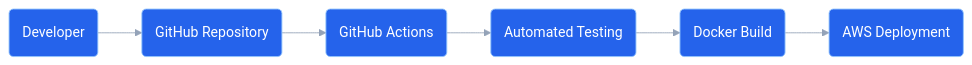
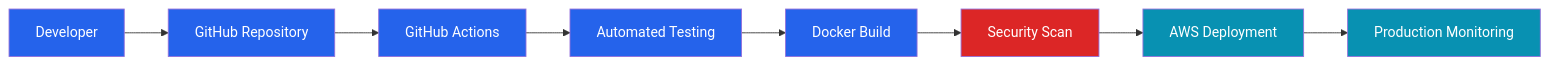
Before and after one commit to kupiMZS/CareerIQ-AI: diagram 20 of 26 in documentation/03-system-architecture.md, drawn with Mermaid. The commit also changed other lines of this file and 9 other files, not shown here.

Commit message:
docs: finalize complete system documentation and architecture foundation

````diff
--- a/documentation/03-system-architecture.md
+++ b/documentation/03-system-architecture.md
@@ -1571,50 +2884,59 @@
 ```mermaid
-%%{init:{
-'theme':'base',
-'themeVariables':{
-'fontFamily':'Inter',
-'lineColor':'#94A3B8'
-}
-}}%%
-
-
 flowchart LR
 
 
-DEVELOPER("Developer")
+DEVELOPER["Developer"]
 
 
-GITHUB("GitHub Repository")
+GITHUB["GitHub Repository"]
 
 
-ACTION("GitHub Actions")
+CI["GitHub Actions"]
 
 
-TEST("Automated Testing")
+TEST["Automated Testing"]
 
 
-BUILD("Docker Build")
+BUILD["Docker Build"]
 
 
-DEPLOY("AWS Deployment")
+SECURITY["Security Scan"]
+
+
+DEPLOY["AWS Deployment"]
+
+
+MONITOR["Production Monitoring"]
 
 
 
 DEVELOPER --> GITHUB
 
-GITHUB --> ACTION
+GITHUB --> CI
 
-ACTION --> TEST
+CI --> TEST
 
 TEST --> BUILD
 
-BUILD --> DEPLOY
+BUILD --> SECURITY
+
+SECURITY --> DEPLOY
+
+DEPLOY --> MONITOR
 
 
 
-classDef pipeline fill:#2563EB,stroke:#93C5FD,color:#FFFFFF;
+classDef pipeline fill:#2563EB,color:white;
+
+classDef security fill:#DC2626,color:white;
+
+classDef cloud fill:#0891B2,color:white;
 
 
-class DEVELOPER,GITHUB,ACTION,TEST,BUILD,DEPLOY pipeline;
+class DEVELOPER,GITHUB,CI,TEST,BUILD pipeline;
+
+class SECURITY security;
+
+class DEPLOY,MONITOR cloud;
 
 ```
````
